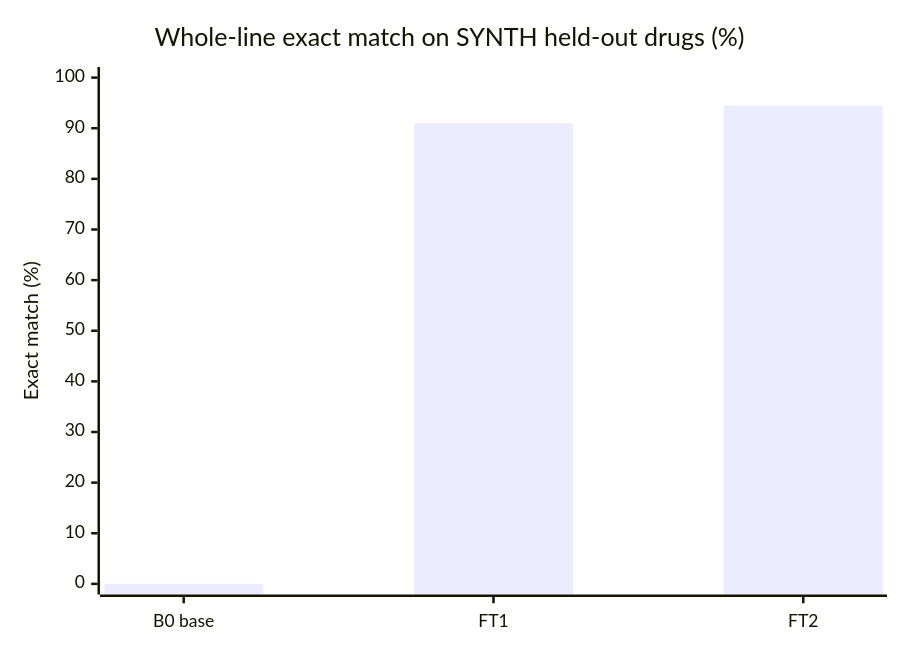
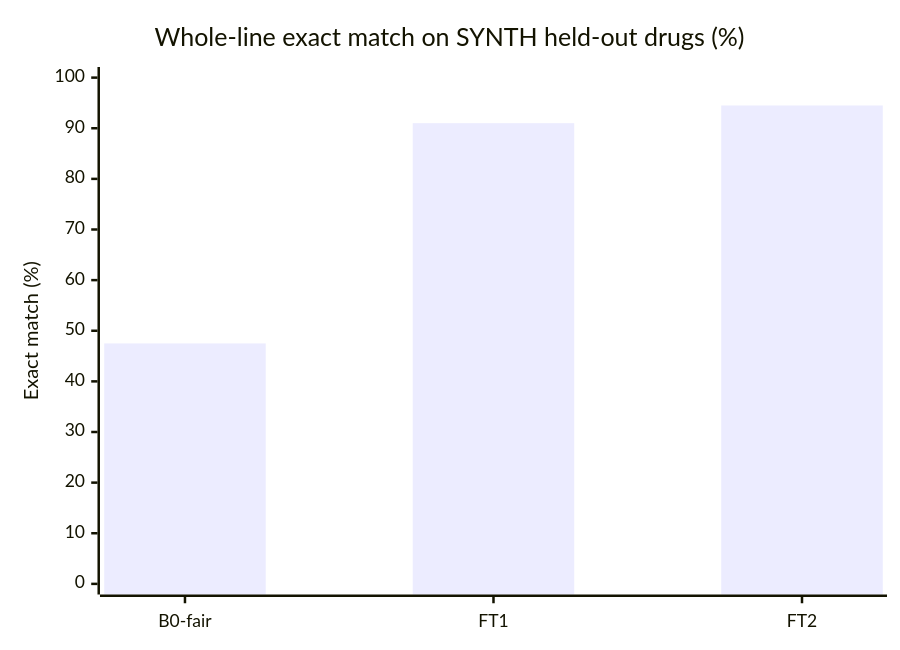
The third of 4 diagrams in eval/results.md (Vedant817/aaji-pill-clerk), drawn with Mermaid before and after one commit. The commit also changed other lines of this file and 9 other files, not shown here.

````diff
--- a/eval/results.md
+++ b/eval/results.md
@@ -112,7 +114,7 @@
 ```mermaid
 xychart-beta
     title "Whole-line exact match on SYNTH held-out drugs (%)"
-    x-axis ["B0 base", "FT1", "FT2"]
+    x-axis ["B0-fair", "FT1", "FT2"]
     y-axis "Exact match (%)" 0 --> 100
-    bar [0, 91, 94.5]
+    bar [47.5, 91, 94.5]
 ```
````
